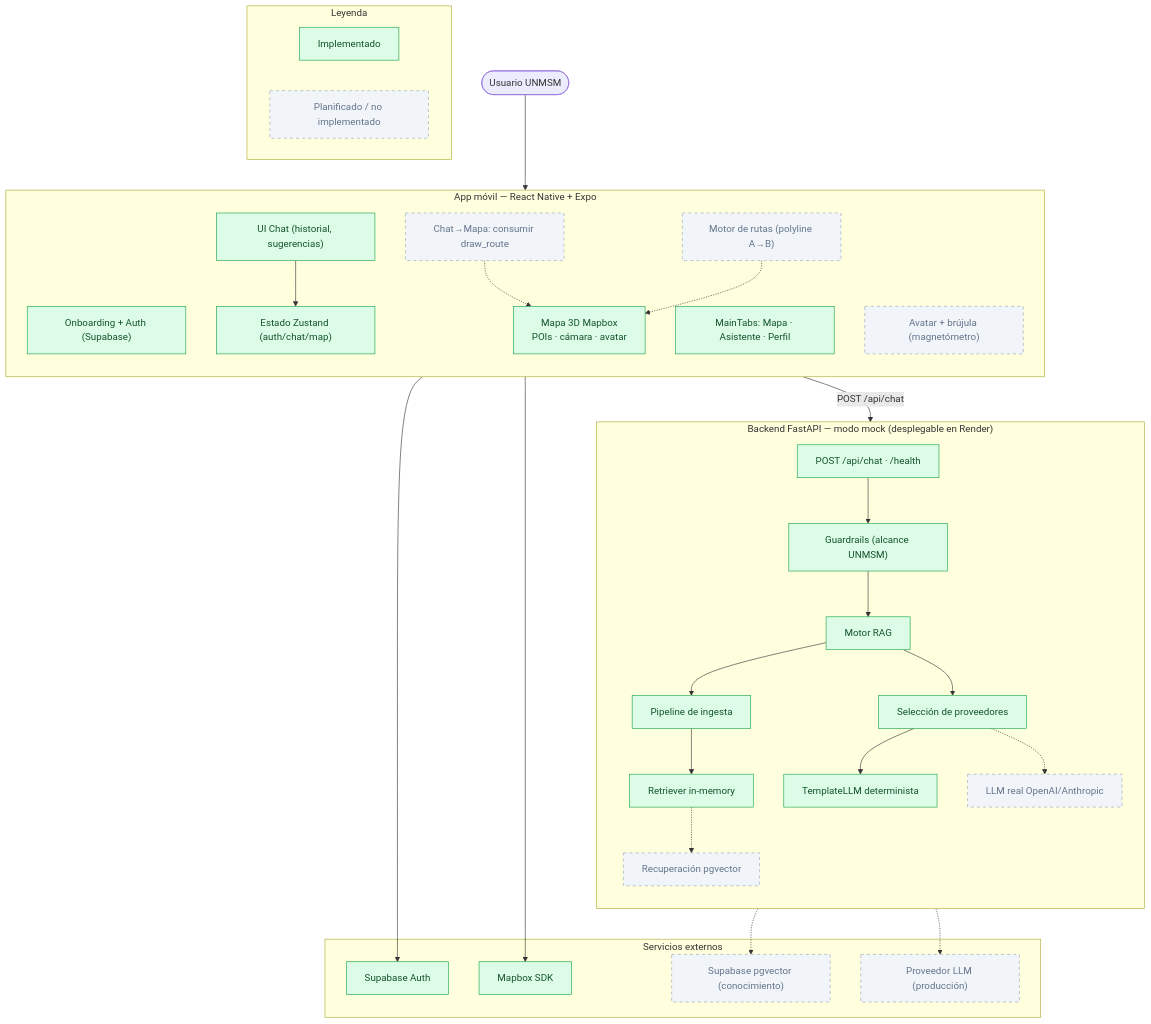
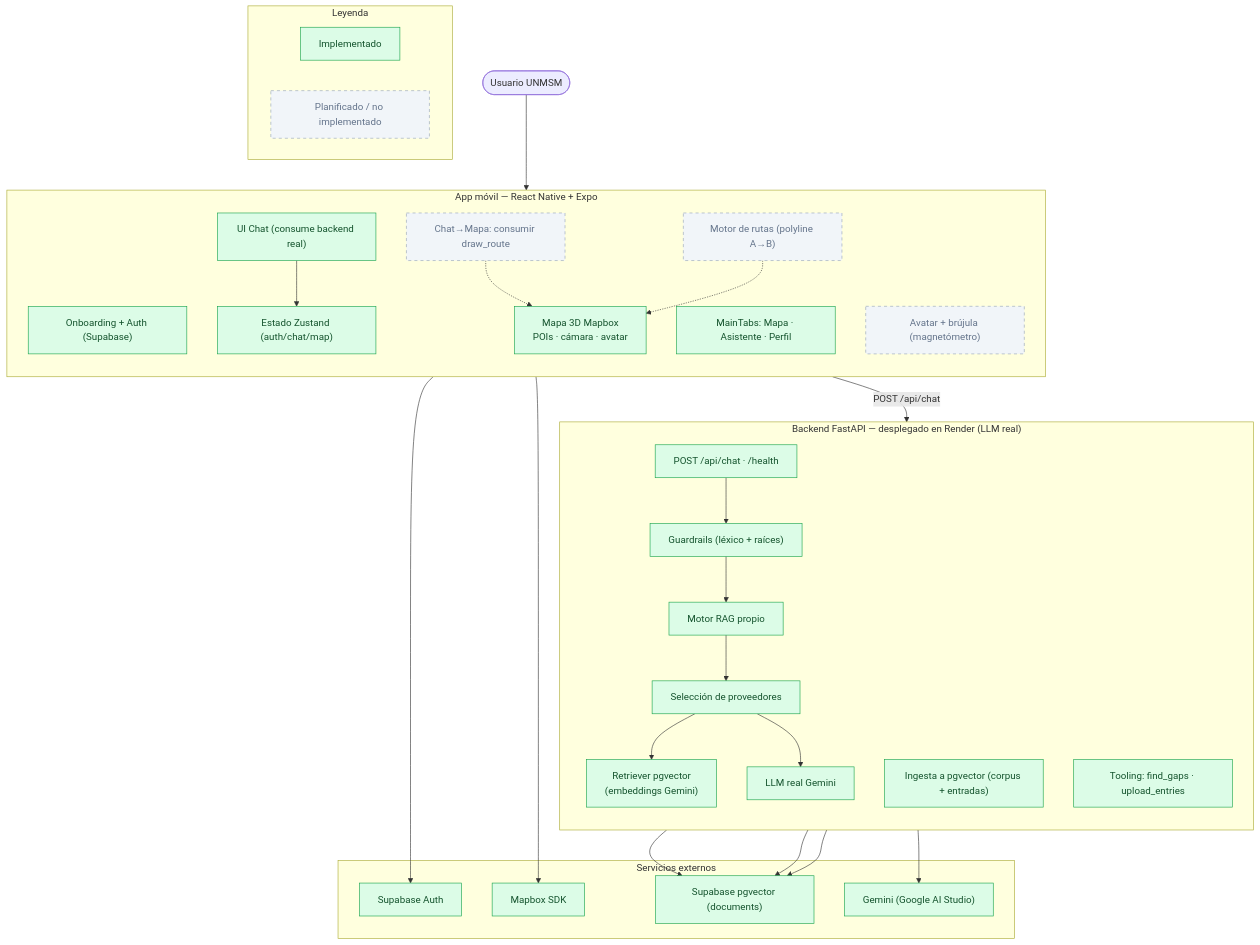
Before and after one commit to frank777ch/OndeSanMarcos: the fifth of 5 diagrams in documents/01-arquitectura-general.md, drawn with Mermaid. The commit also changed other lines of this file and 1 other file, not shown here.

Commit message:
docs: update index and architecture diagrams to real stack (pgvector + Gemini, frontend wired)

````diff
--- a/documents/01-arquitectura-general.md
+++ b/documents/01-arquitectura-general.md
@@ -229,59 +230,57 @@
 ```mermaid
 graph TB
     user(["Usuario UNMSM"])
 
     subgraph app["App móvil — React Native + Expo"]
         direction TB
         onb["Onboarding + Auth (Supabase)"]:::done
         tabs["MainTabs: Mapa · Asistente · Perfil"]:::done
         map3d["Mapa 3D Mapbox<br/>POIs · cámara · avatar"]:::done
-        chatui["UI Chat (historial, sugerencias)"]:::done
+        chatui["UI Chat (consume backend real)"]:::done
         stores["Estado Zustand (auth/chat/map)"]:::done
         c2m["Chat→Mapa: consumir draw_route"]:::planned
         route["Motor de rutas (polyline A→B)"]:::planned
         sensors["Avatar + brújula (magnetómetro)"]:::planned
     end
 
-    subgraph be["Backend FastAPI — modo mock (desplegable en Render)"]
+    subgraph be["Backend FastAPI — desplegado en Render (LLM real)"]
         direction TB
         api["POST /api/chat · /health"]:::done
-        guard["Guardrails (alcance UNMSM)"]:::done
-        engine["Motor RAG"]:::done
-        ingest["Pipeline de ingesta"]:::done
-        retr["Retriever in-memory"]:::done
-        tllm["TemplateLLM determinista"]:::done
+        guard["Guardrails (léxico + raíces)"]:::done
+        engine["Motor RAG propio"]:::done
+        ingest["Ingesta a pgvector (corpus + entradas)"]:::done
+        pgr["Retriever pgvector<br/>(embeddings Gemini)"]:::done
+        realllm["LLM real Gemini"]:::done
         prov["Selección de proveedores"]:::done
-        realllm["LLM real OpenAI/Anthropic"]:::planned
-        pgr["Recuperación pgvector"]:::planned
+        tooling["Tooling: find_gaps · upload_entries"]:::done
     end
 
     subgraph cloud["Servicios externos"]
         sbauth["Supabase Auth"]:::done
         mapbox["Mapbox SDK"]:::done
-        sbvec["Supabase pgvector (conocimiento)"]:::planned
-        llmapi["Proveedor LLM (producción)"]:::planned
+        sbvec["Supabase pgvector (documents)"]:::done
+        llmapi["Gemini (Google AI Studio)"]:::done
     end
 
     subgraph leg["Leyenda"]
         L1["Implementado"]:::done
         L2["Planificado / no implementado"]:::planned
     end
 
     user --> app
     onb --> sbauth
     map3d --> mapbox
     chatui --> stores
     chatui -->|"POST /api/chat"| api
     api --> guard --> engine
-    engine --> ingest --> retr
     engine --> prov
-    prov --> tllm
-    prov -.-> realllm
-    retr -.-> pgr -.-> sbvec
-    realllm -.-> llmapi
+    prov --> pgr --> sbvec
+    prov --> realllm --> llmapi
+    ingest --> sbvec
+    tooling --> sbvec
     c2m -.-> map3d
     route -.-> map3d
 
     classDef done fill:#dcfce7,stroke:#16a34a,color:#14532d;
     classDef planned fill:#f1f5f9,stroke:#94a3b8,stroke-dasharray:5 5,color:#64748b;
 ```
````
